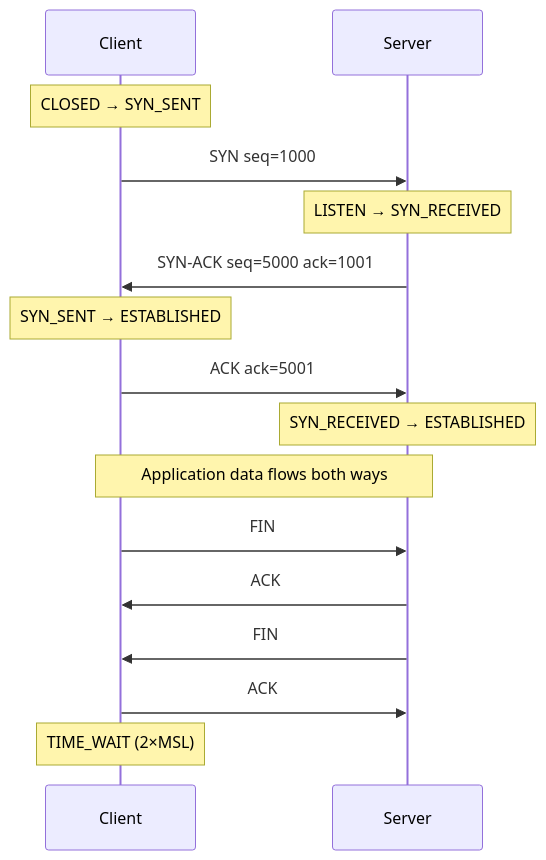
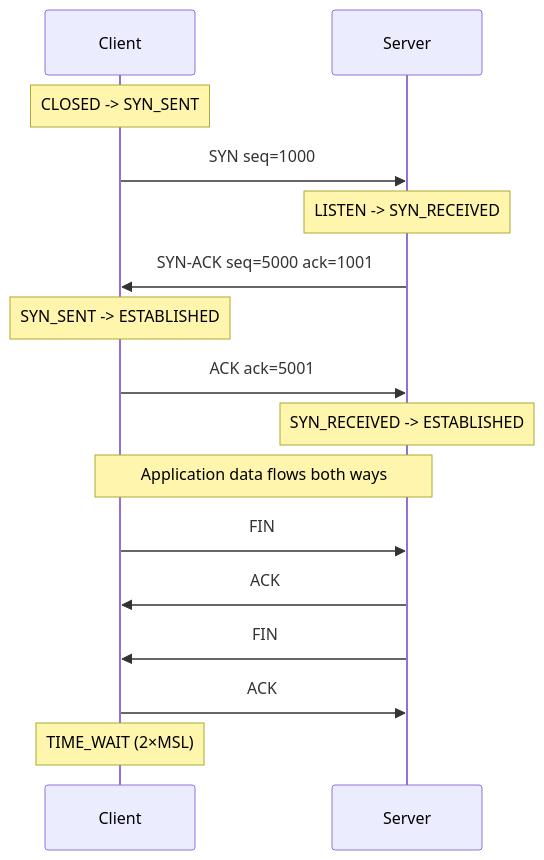
One commit to hareramcse/SystemDesign changed the fourth of 24 diagrams in 01-networking/README.md. Above: the diagram before and after it, drawn with Mermaid. The commit also changed other lines of this file and 14 other files, not shown here.

````diff
--- a/01-networking/README.md
+++ b/01-networking/README.md
@@ -237,18 +237,18 @@
 ```mermaid
 sequenceDiagram
     participant C as Client
     participant S as Server
-    Note over C: CLOSED → SYN_SENT
+    Note over C: CLOSED -> SYN_SENT
     C->>S: SYN seq=1000
-    Note over S: LISTEN → SYN_RECEIVED
+    Note over S: LISTEN -> SYN_RECEIVED
     S->>C: SYN-ACK seq=5000 ack=1001
-    Note over C: SYN_SENT → ESTABLISHED
+    Note over C: SYN_SENT -> ESTABLISHED
     C->>S: ACK ack=5001
-    Note over S: SYN_RECEIVED → ESTABLISHED
+    Note over S: SYN_RECEIVED -> ESTABLISHED
     Note over C,S: Application data flows both ways
     C->>S: FIN
     S->>C: ACK
     S->>C: FIN
     C->>S: ACK
     Note over C: TIME_WAIT (2×MSL)
 ```
````
